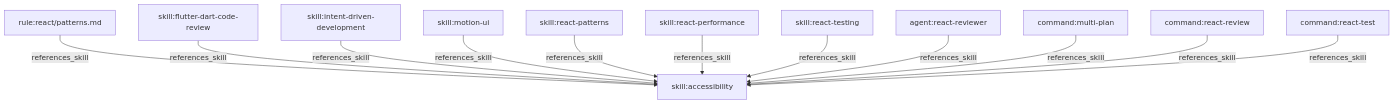
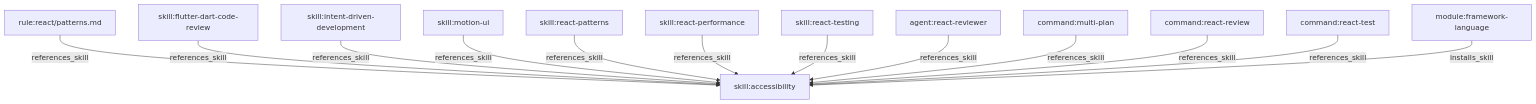
Before and after one commit to coderofmutou/ecc-custom: the first of 10 diagrams in .claude/skills/dependency-graph/DEPENDENCY-GRAPH.md, drawn with Mermaid. The commit also changed other lines of this file and 16 other files, not shown here.

````diff
--- a/.claude/skills/dependency-graph/DEPENDENCY-GRAPH.md
+++ b/.claude/skills/dependency-graph/DEPENDENCY-GRAPH.md
@@ -242,14 +242,15 @@
 ```mermaid
 graph TD
   rule_react_patterns_md["rule:react/patterns.md"] -->|references_skill| skill_accessibility["skill:accessibility"]
   skill_flutter_dart_code_review["skill:flutter-dart-code-review"] -->|references_skill| skill_accessibility["skill:accessibility"]
   skill_intent_driven_development["skill:intent-driven-development"] -->|references_skill| skill_accessibility["skill:accessibility"]
   skill_motion_ui["skill:motion-ui"] -->|references_skill| skill_accessibility["skill:accessibility"]
   skill_react_patterns["skill:react-patterns"] -->|references_skill| skill_accessibility["skill:accessibility"]
   skill_react_performance["skill:react-performance"] -->|references_skill| skill_accessibility["skill:accessibility"]
   skill_react_testing["skill:react-testing"] -->|references_skill| skill_accessibility["skill:accessibility"]
   agent_react_reviewer["agent:react-reviewer"] -->|references_skill| skill_accessibility["skill:accessibility"]
   command_multi_plan["command:multi-plan"] -->|references_skill| skill_accessibility["skill:accessibility"]
   command_react_review["command:react-review"] -->|references_skill| skill_accessibility["skill:accessibility"]
   command_react_test["command:react-test"] -->|references_skill| skill_accessibility["skill:accessibility"]
+  module_framework_language["module:framework-language"] -->|installs_skill| skill_accessibility["skill:accessibility"]
 ```
````
